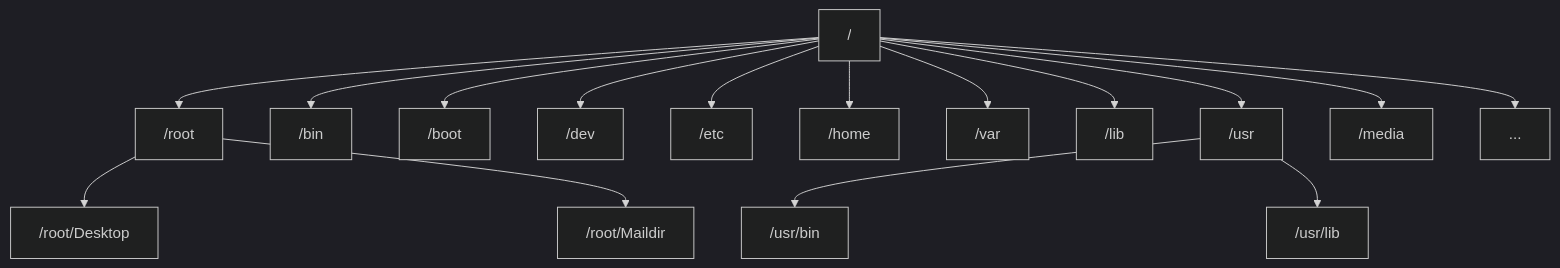
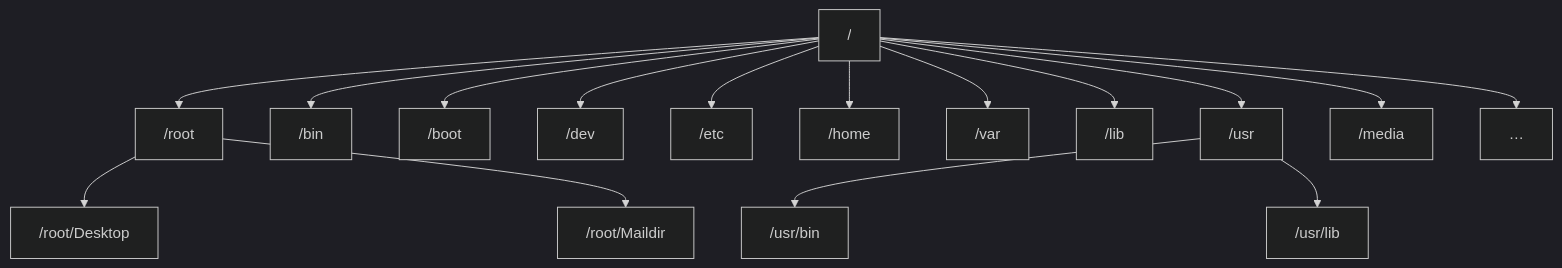
The first of 2 diagrams in docs/bjpowernode/07-互联网生态/01-Linux.md (ZHENG28/ZHENGnotes), drawn with Mermaid (dark theme) before and after one commit. The commit also changed other lines of this file and 13 other files, not shown here.

````diff
--- a/docs/bjpowernode/07-互联网生态/01-Linux.md
+++ b/docs/bjpowernode/07-互联网生态/01-Linux.md
@@ -31,18 +31,18 @@
     ```mermaid
     graph TB
     / --> /root
     /root --> /root/Desktop
     /root --> /root/Maildir
     / --> /bin
     / --> /boot
     / --> /dev
     / --> /etc
     / --> /home
     / --> /var
     / --> /lib
     / --> /usr
     /usr --> /usr/bin
     /usr --> /usr/lib
     / --> /media
-    / --> ...
+    / --> other[…]
     ```
````
